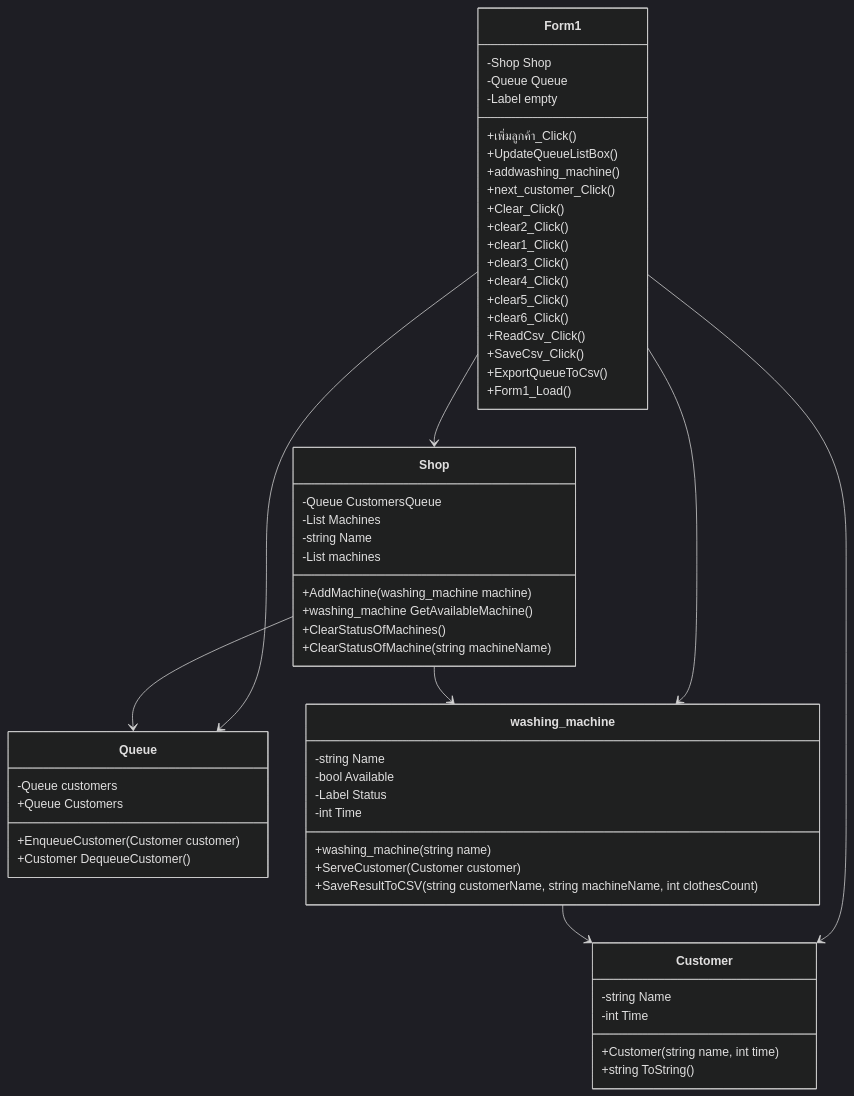
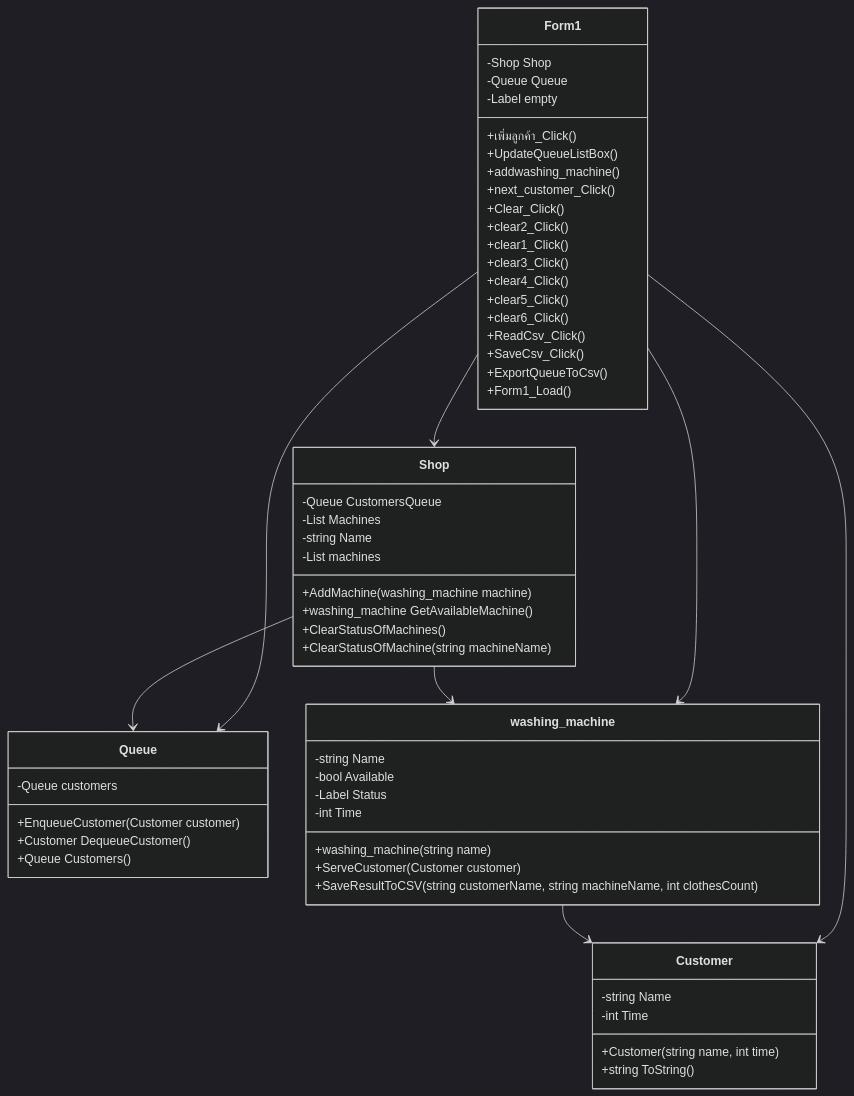
The diagram in README.md (Luxkxyz/Project1), drawn with Mermaid (dark theme) before and after one commit.

````diff
--- a/README.md
+++ b/README.md
@@ -42,71 +42,71 @@
 ```mermaid
 classDiagram
     class Form1 {
         -Shop Shop
         -Queue Queue
         -Label empty
         +เพิ่มลูกค้า_Click()
         +UpdateQueueListBox()
         +addwashing_machine()
         +next_customer_Click()
         +Clear_Click()
         +clear2_Click()
         +clear1_Click()
         +clear3_Click()
         +clear4_Click()
         +clear5_Click()
         +clear6_Click()
         +ReadCsv_Click()
         +SaveCsv_Click()
         +ExportQueueToCsv()
         +Form1_Load()
     }
 
     class Customer {
         -string Name
         -int Time
         +Customer(string name, int time)
         +string ToString()
     }
 
     class Queue {
         -Queue<Customer> customers
         +EnqueueCustomer(Customer customer)
         +Customer DequeueCustomer()
-        +Queue<Customer> Customers
+        +Queue<Customer> Customers()
     }
 
     class washing_machine {
         -string Name
         -bool Available
         -Label Status
         -int Time
         +washing_machine(string name)
         +ServeCustomer(Customer customer)
         +SaveResultToCSV(string customerName, string machineName, int clothesCount)
     }
 
     class Shop {
         -Queue<Customer> CustomersQueue
         -List<washing_machine> Machines
         -string Name
         -List<washing_machine> machines
         +AddMachine(washing_machine machine)
         +washing_machine GetAvailableMachine()
         +ClearStatusOfMachines()
         +ClearStatusOfMachine(string machineName)
     }
 
  
 
 
 
     Form1 --> Shop
     Form1 --> Queue
     Form1 --> Customer
     Form1 --> washing_machine
     Shop --> Queue
     Shop --> washing_machine
     washing_machine --> Customer
     
 ```
````
